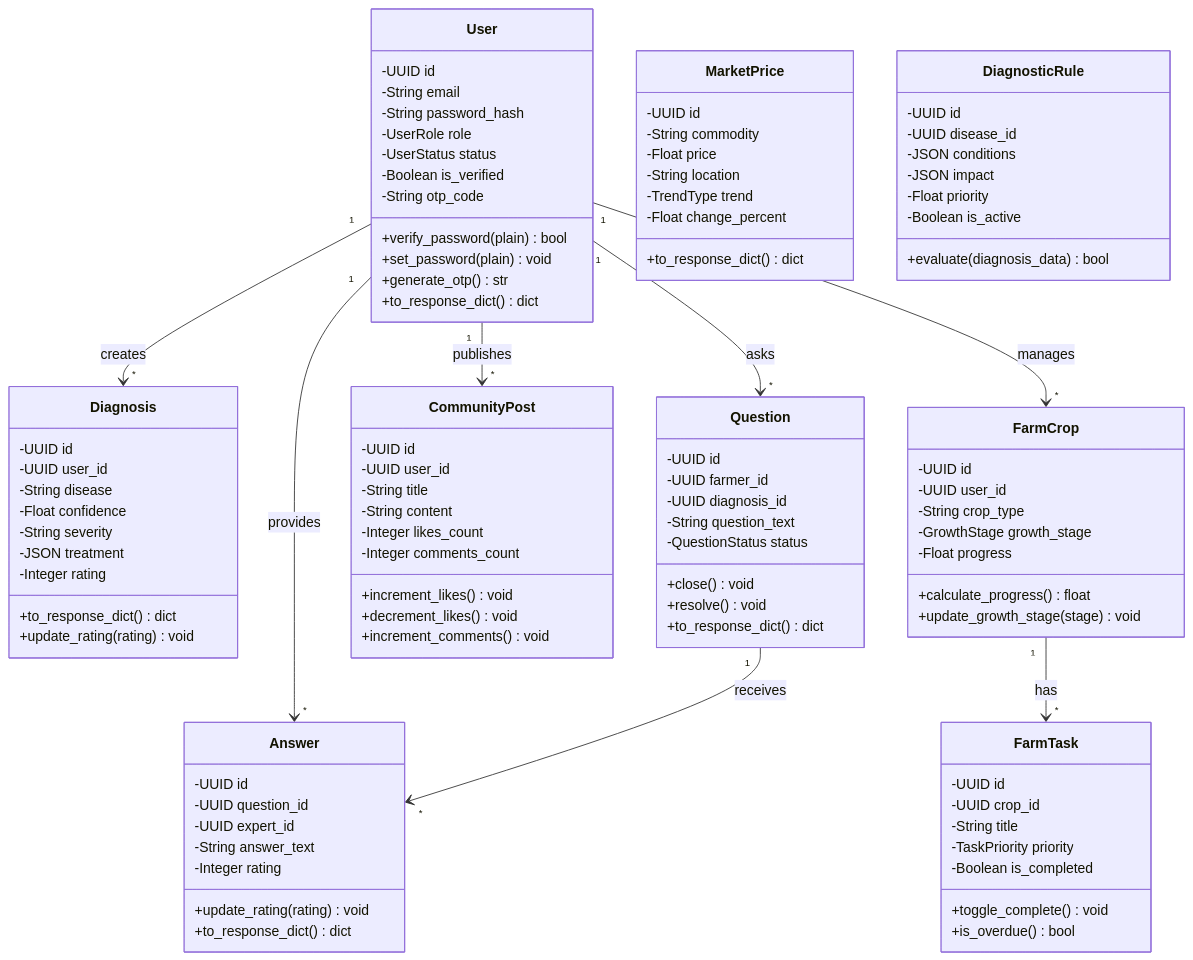
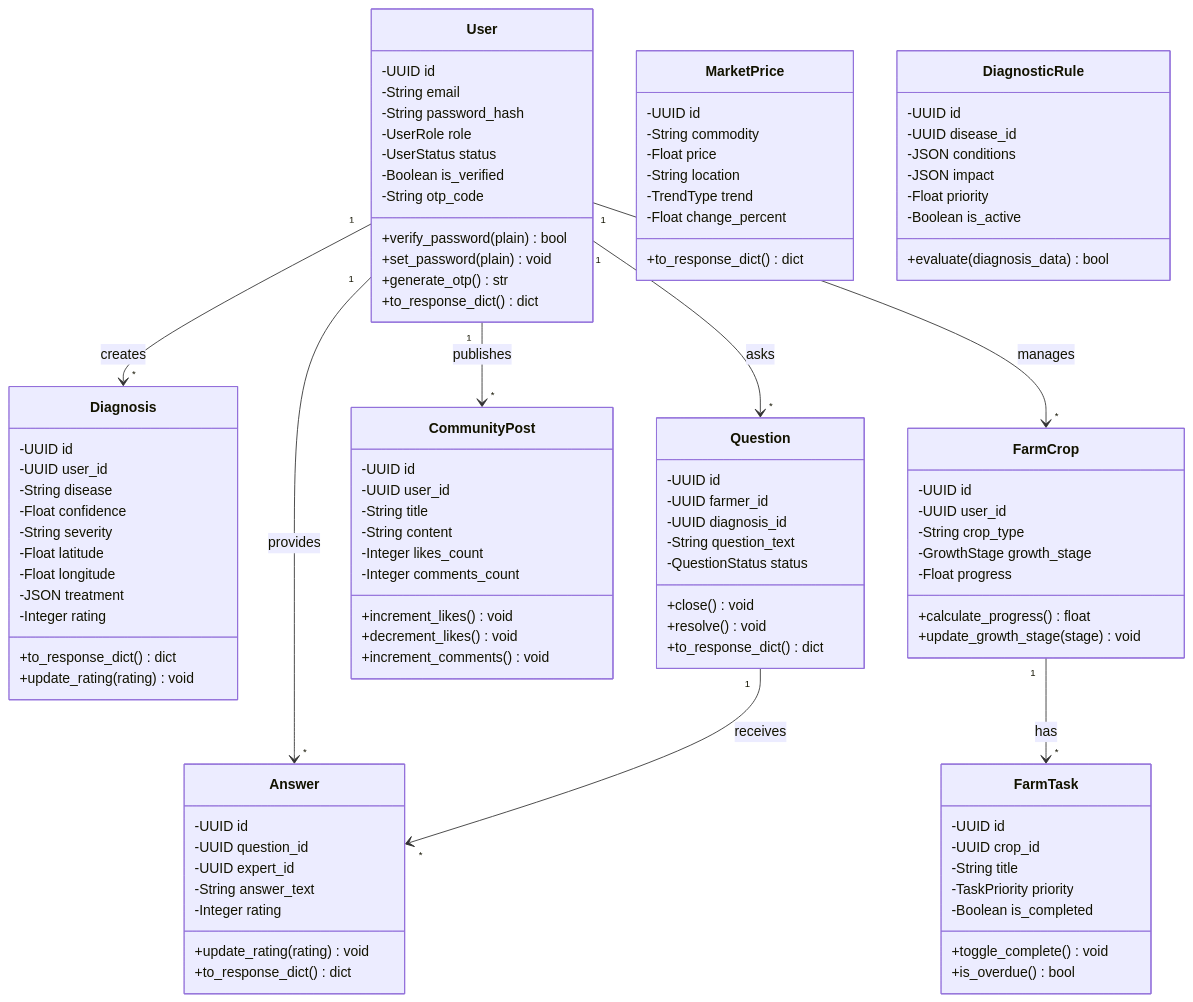
Before and after one commit to akshayks13/AI-Crop-Disease-Diagnosis-System: the second of 3 diagrams in docs/ARCHITECTURE.md, drawn with Mermaid. The commit also changed 12 other files, not shown here.

```diff
--- a/docs/ARCHITECTURE.md
+++ b/docs/ARCHITECTURE.md
@@ -69,13 +69,14 @@
         +generate_otp() str
         +to_response_dict() dict
     }
-    
     class Diagnosis {
         -UUID id
         -UUID user_id
         -String disease
         -Float confidence
         -String severity
+        -Float latitude
+        -Float longitude
         -JSON treatment
         -Integer rating
         +to_response_dict() dict
```
